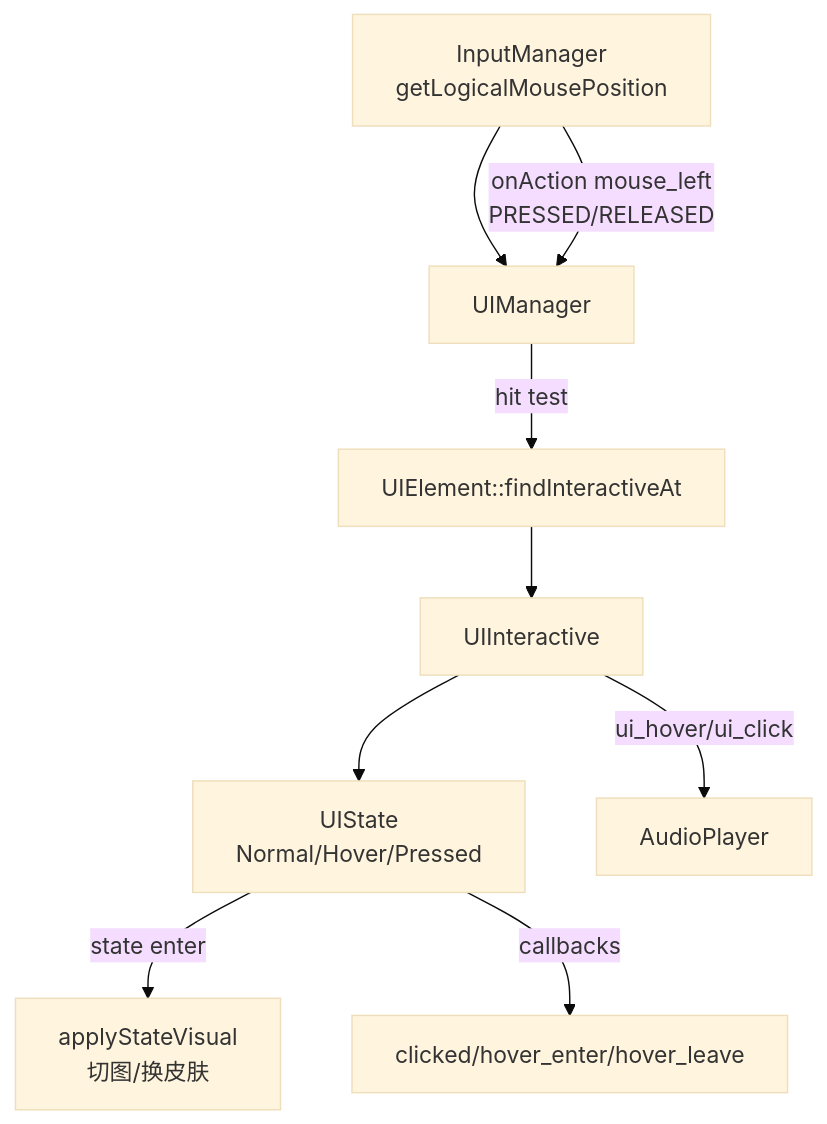
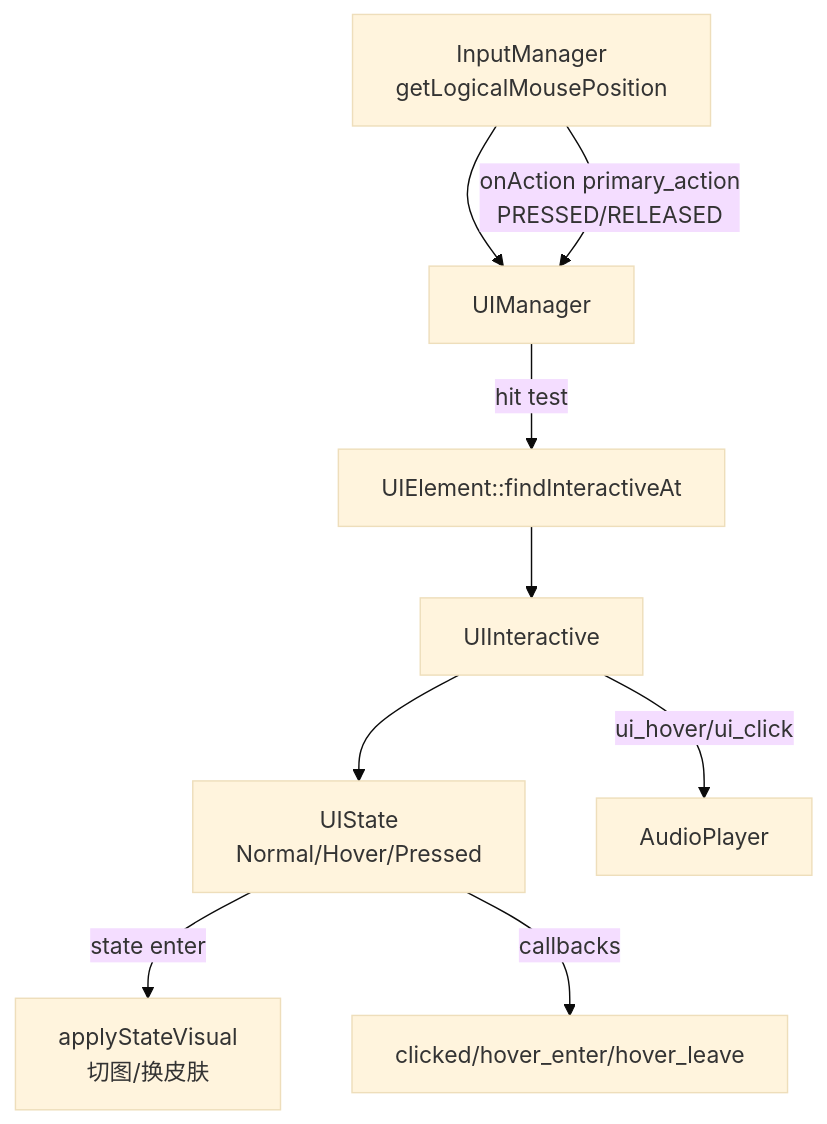
Before and after one commit to WispSnow/TinyFarmRPG: the diagram in docs/engine/ui_framework.md, drawn with Mermaid (base theme). The commit also changed other lines of this file and 18 other files, not shown here.

````diff
--- a/docs/engine/ui_framework.md
+++ b/docs/engine/ui_framework.md
@@ -97,12 +97,12 @@
 ```mermaid
 flowchart TD
   IM["InputManager\ngetLogicalMousePosition"] --> UIM["UIManager"]
-  IM -->|onAction mouse_left\nPRESSED/RELEASED| UIM
+  IM -->|onAction primary_action\nPRESSED/RELEASED| UIM
 
   UIM -->|hit test| HIT["UIElement::findInteractiveAt"]
   HIT --> INT["UIInteractive"]
   INT --> ST["UIState\nNormal/Hover/Pressed"]
   ST -->|state enter| VIS["applyStateVisual\n切图/换皮肤"]
   ST -->|callbacks| CB["clicked/hover_enter/hover_leave"]
   INT -->|ui_hover/ui_click| AP["AudioPlayer"]
 ```
````
